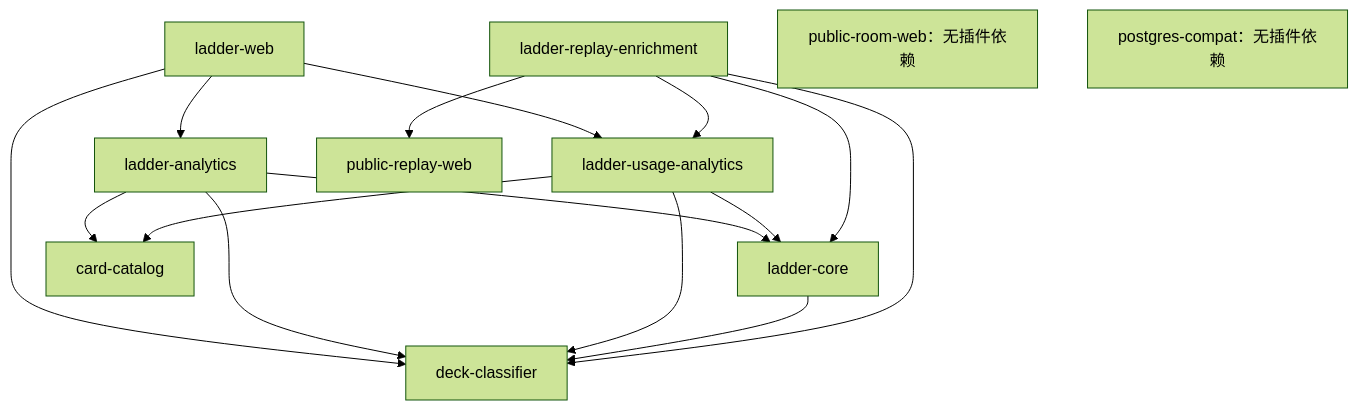
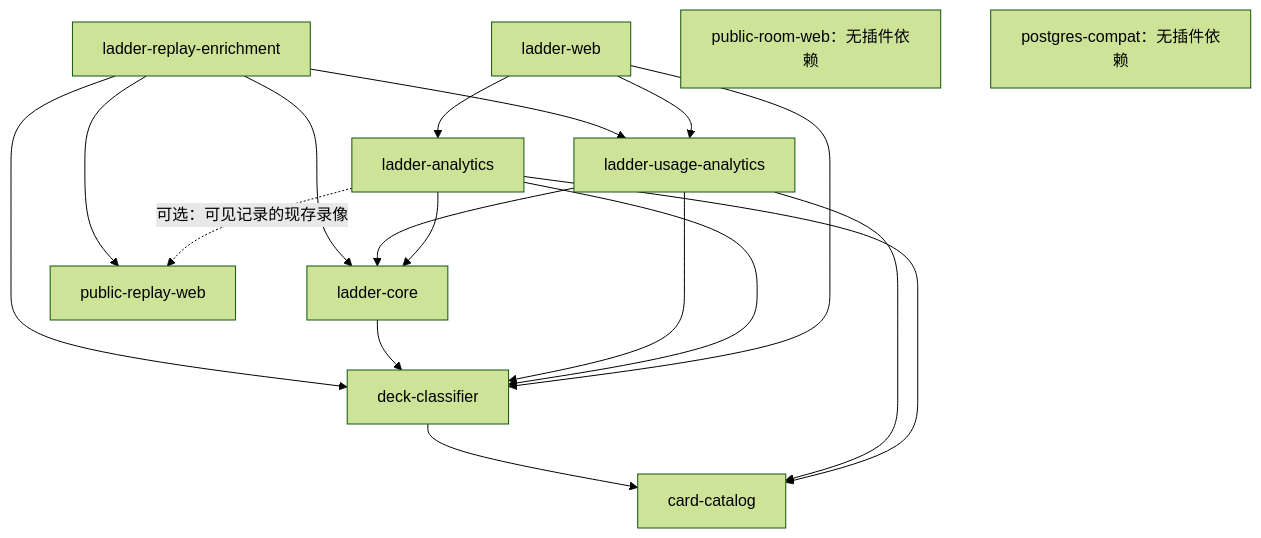
One commit to 301zrg/srvprotianti changed the fifth of 10 diagrams in docs/ARCHITECTURE.md. Above: the diagram before and after it, drawn with Mermaid (forest theme). The commit also changed other lines of this file and 80 other files, not shown here.

````diff
--- a/docs/ARCHITECTURE.md
+++ b/docs/ARCHITECTURE.md
@@ -137,19 +174,21 @@
 ```mermaid
 flowchart TD
   Web[ladder-web] --> Analytics[ladder-analytics]
   Web --> Usage[ladder-usage-analytics]
   Web --> Classifier[deck-classifier]
   Analytics --> Core[ladder-core]
   Analytics --> Classifier
   Analytics --> Catalog[card-catalog]
+  Analytics -.->|可选：可见记录的现存录像| Replay[public-replay-web]
   Usage --> Core
   Usage --> Classifier
   Usage --> Catalog
   Core --> Classifier
+  Classifier --> Catalog
   Enrichment[ladder-replay-enrichment] --> Replay[public-replay-web]
   Enrichment --> Core
   Enrichment --> Usage
   Enrichment --> Classifier
   Room[public-room-web：无插件依赖]
   PG[postgres-compat：无插件依赖]
 ```
````
